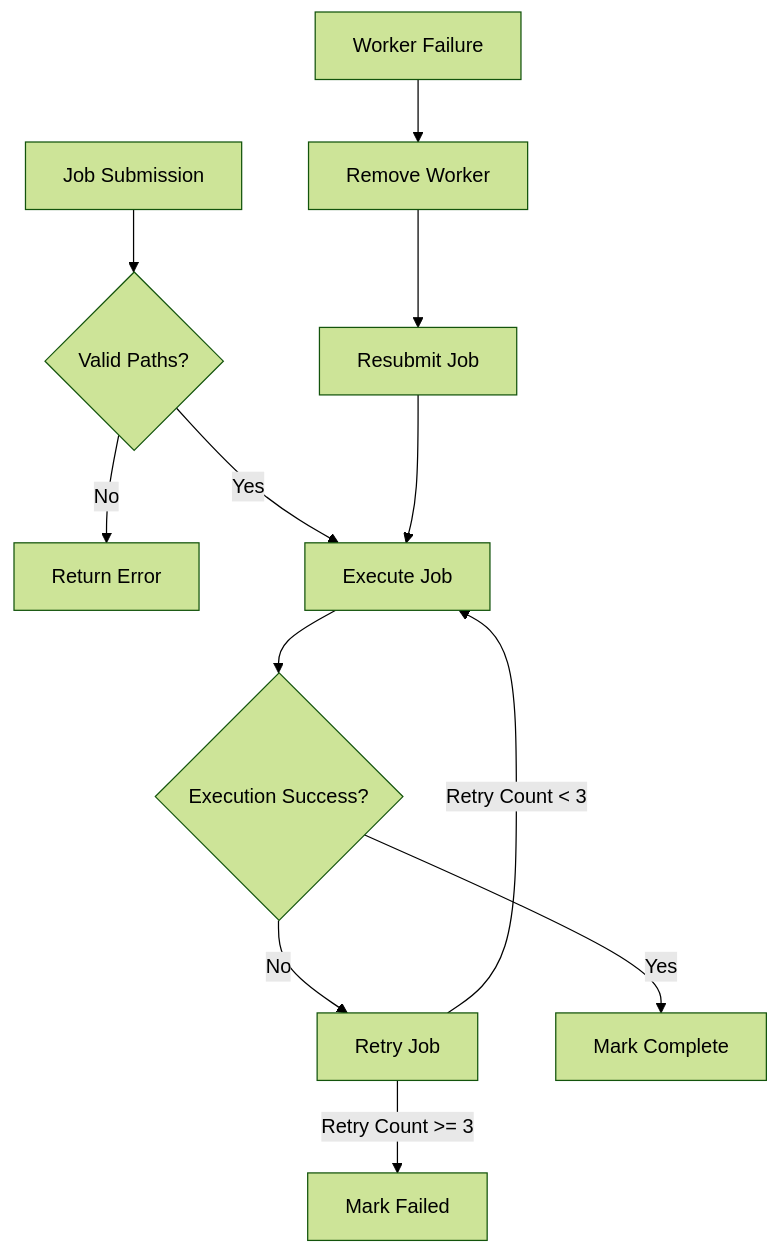
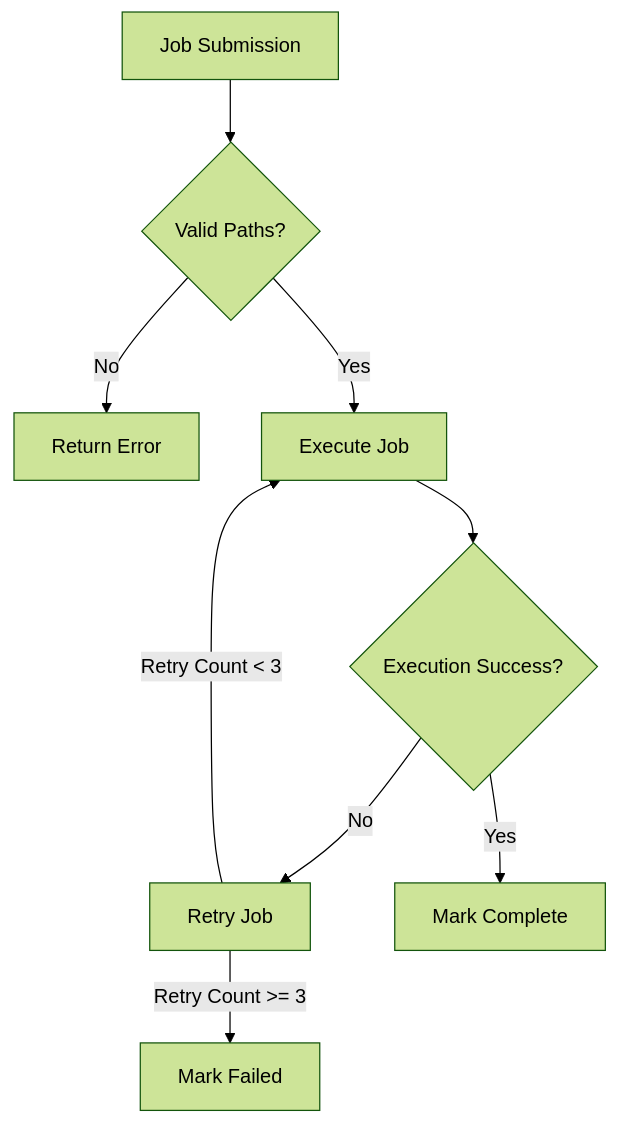
The fourth of 5 diagrams in flow_diagram.md (VaishnaviBasukar20/KIT318), drawn with Mermaid (forest theme) before and after one commit. The commit also changed other lines of this file, not shown here.

````diff
--- a/flow_diagram.md
+++ b/flow_diagram.md
@@ -73,14 +59,11 @@
 ```mermaid
-flowchart TD
+graph TD
     A[Job Submission] --> B{Valid Paths?}
     B -->|No| C[Return Error]
     B -->|Yes| D[Execute Job]
     D --> E{Execution Success?}
     E -->|No| F[Retry Job]
     F -->|Retry Count < 3| D
     F -->|Retry Count >= 3| G[Mark Failed]
     E -->|Yes| H[Mark Complete]
-    I[Worker Failure] --> J[Remove Worker]
-    J --> K[Resubmit Job]
-    K --> D
 ```
````
